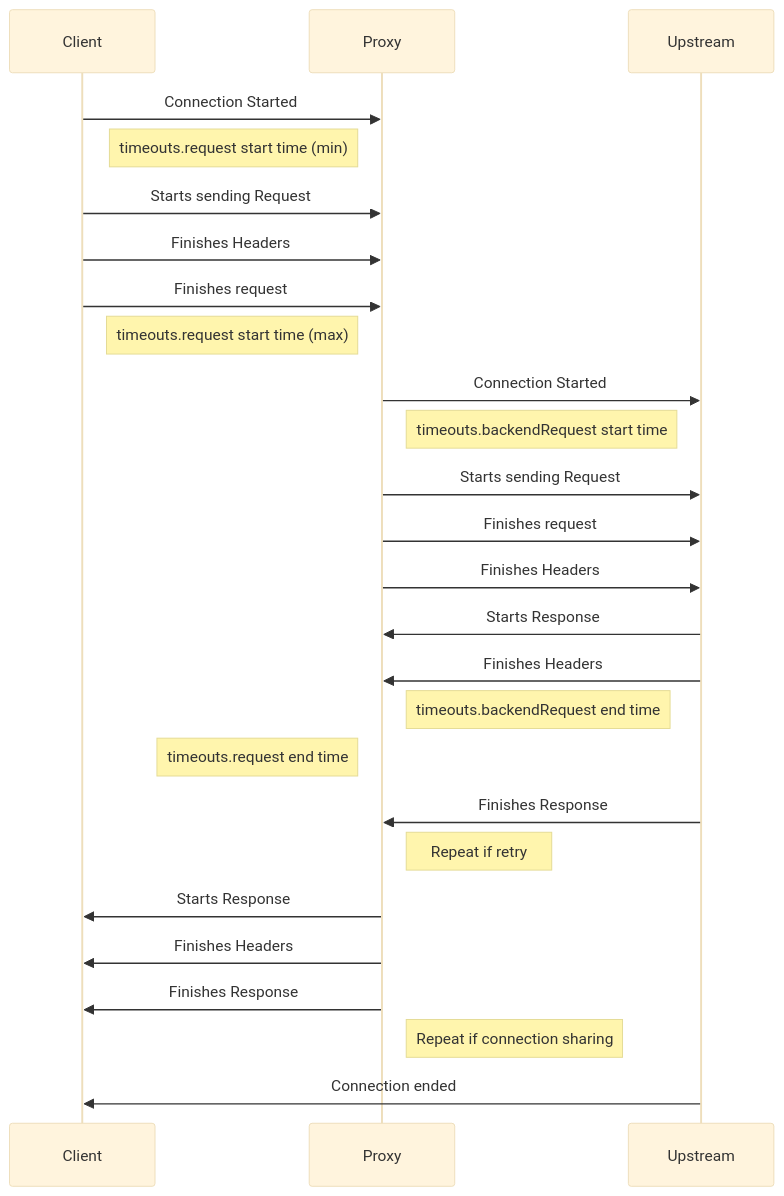
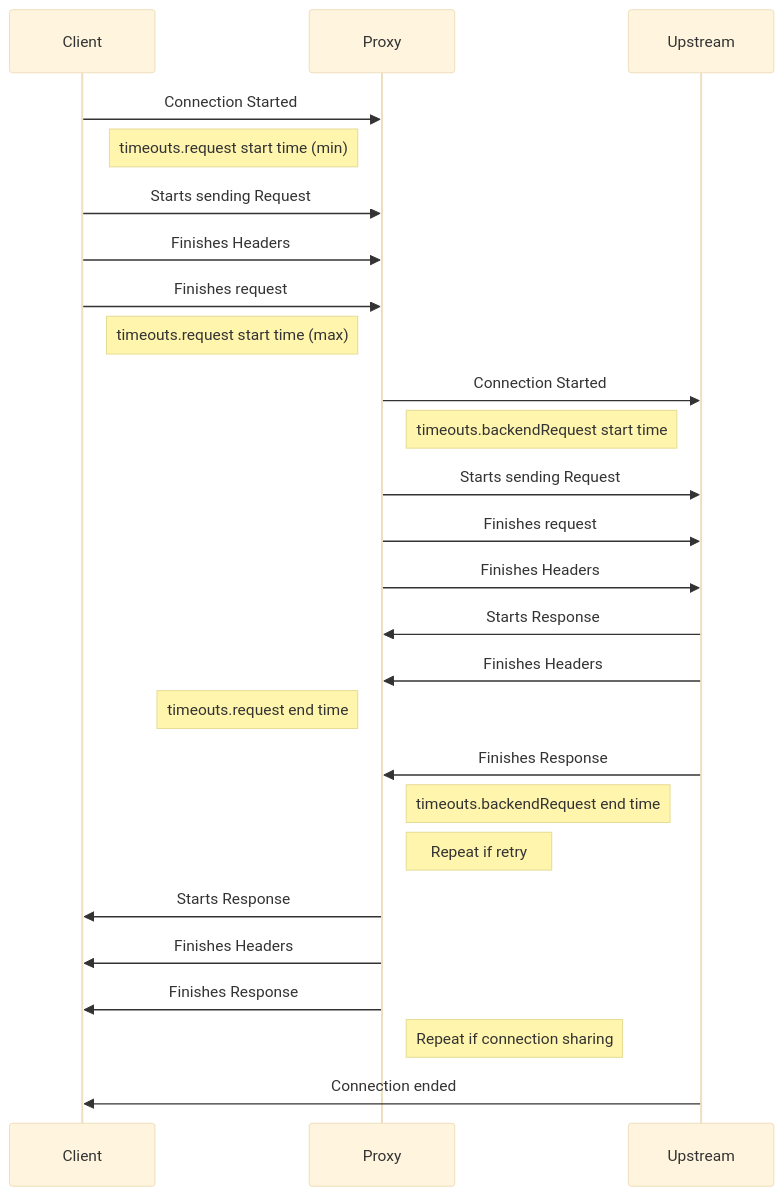
Before and after one commit to kubernetes-sigs/gateway-api: the sixth of 6 diagrams in geps/gep-1742/index.md, drawn with Mermaid (base theme). The commit also changed other lines of this file and 4 other files, not shown here.

Commit message:
align the sequence diagram with go doc

````diff
--- a/geps/gep-1742/index.md
+++ b/geps/gep-1742/index.md
@@ -342,28 +342,28 @@
 ```mermaid
 sequenceDiagram
     participant C as Client
     participant P as Proxy
     participant U as Upstream
     C->>P: Connection Started
     note left of P: timeouts.request start time (min)
     C->>P: Starts sending Request
     C->>P: Finishes Headers
     C->>P: Finishes request
     note left of P: timeouts.request start time (max)
     P->>U: Connection Started
     note right of P: timeouts.backendRequest start time
     P->>U: Starts sending Request
     P->>U: Finishes request
     P->>U: Finishes Headers
     U->>P: Starts Response
     U->>P: Finishes Headers
-    note right of P: timeouts.backendRequest end time
     note left of P: timeouts.request end time
     U->>P: Finishes Response
+    note right of P: timeouts.backendRequest end time
     note right of P: Repeat if retry
     P->>C: Starts Response
     P->>C: Finishes Headers
     P->>C: Finishes Response
     Note right of P: Repeat if connection sharing
     U->>C: Connection ended
 ```
````
